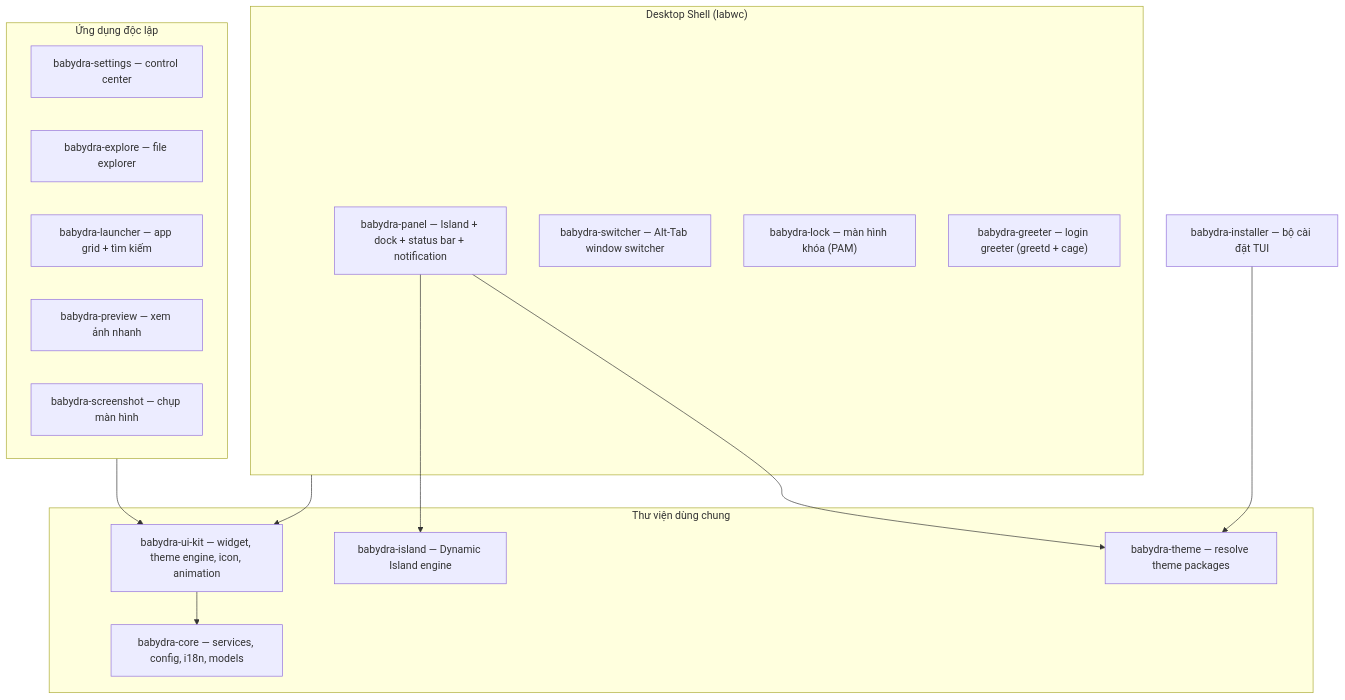
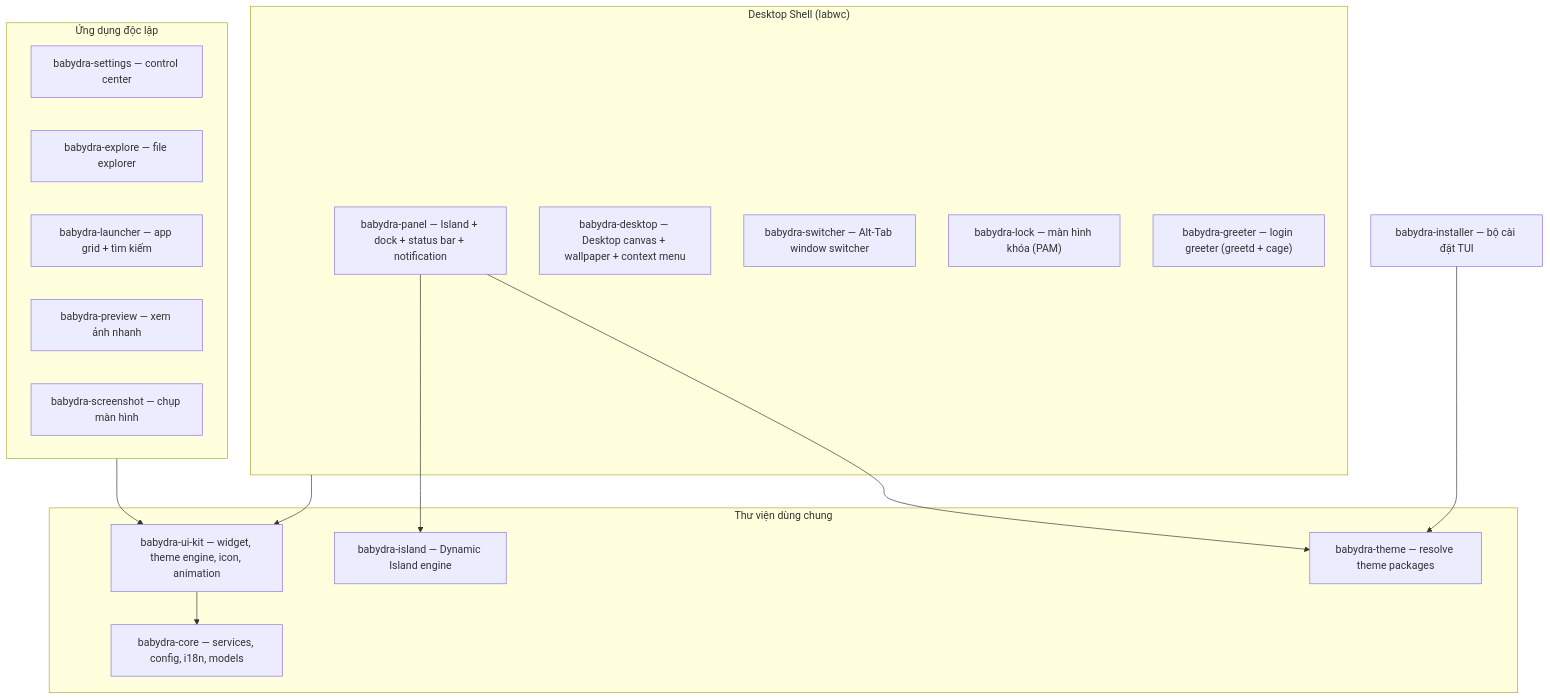
Before and after one commit to i4104-vn/BabyDra: the diagram in docs/01-overview.md, drawn with Mermaid. The commit also changed other lines of this file and 2 other files, not shown here.

Commit message:
docs: update README and docs with babydra-desktop component

````diff
--- a/docs/01-overview.md
+++ b/docs/01-overview.md
@@ -26,33 +26,34 @@
 ```mermaid
 flowchart TB
     subgraph Shell["Desktop Shell (labwc)"]
         Panel["babydra-panel — Island + dock + status bar + notification"]
+        Desktop["babydra-desktop — Desktop canvas + wallpaper + context menu"]
         Switcher["babydra-switcher — Alt-Tab window switcher"]
         Lock["babydra-lock — màn hình khóa (PAM)"]
         Greeter["babydra-greeter — login greeter (greetd + cage)"]
     end
 
     subgraph Apps["Ứng dụng độc lập"]
         Settings["babydra-settings — control center"]
         Explore["babydra-explore — file explorer"]
         Launcher["babydra-launcher — app grid + tìm kiếm"]
         Preview["babydra-preview — xem ảnh nhanh"]
         Screenshot["babydra-screenshot — chụp màn hình"]
     end
 
     subgraph Libs["Thư viện dùng chung"]
         Core["babydra-core — services, config, i18n, models"]
         UiKit["babydra-ui-kit — widget, theme engine, icon, animation"]
         Island["babydra-island — Dynamic Island engine"]
         Theme["babydra-theme — resolve theme packages"]
     end
 
     Installer["babydra-installer — bộ cài đặt TUI"]
 
     Apps --> UiKit
     Shell --> UiKit
     UiKit --> Core
     Panel --> Island
     Panel --> Theme
     Installer --> Theme
 ```
````
